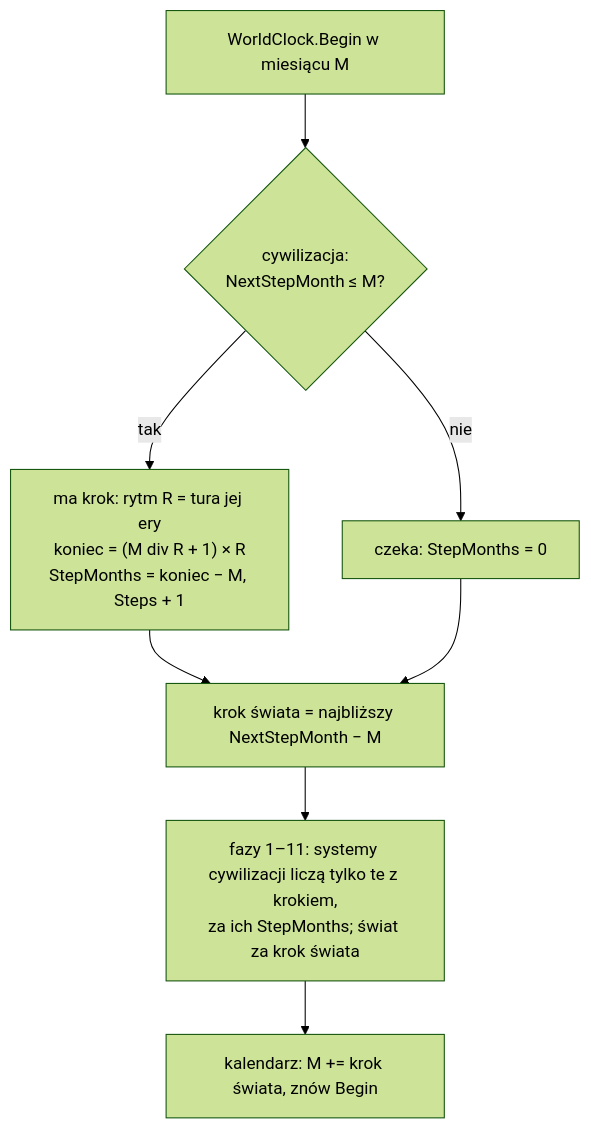
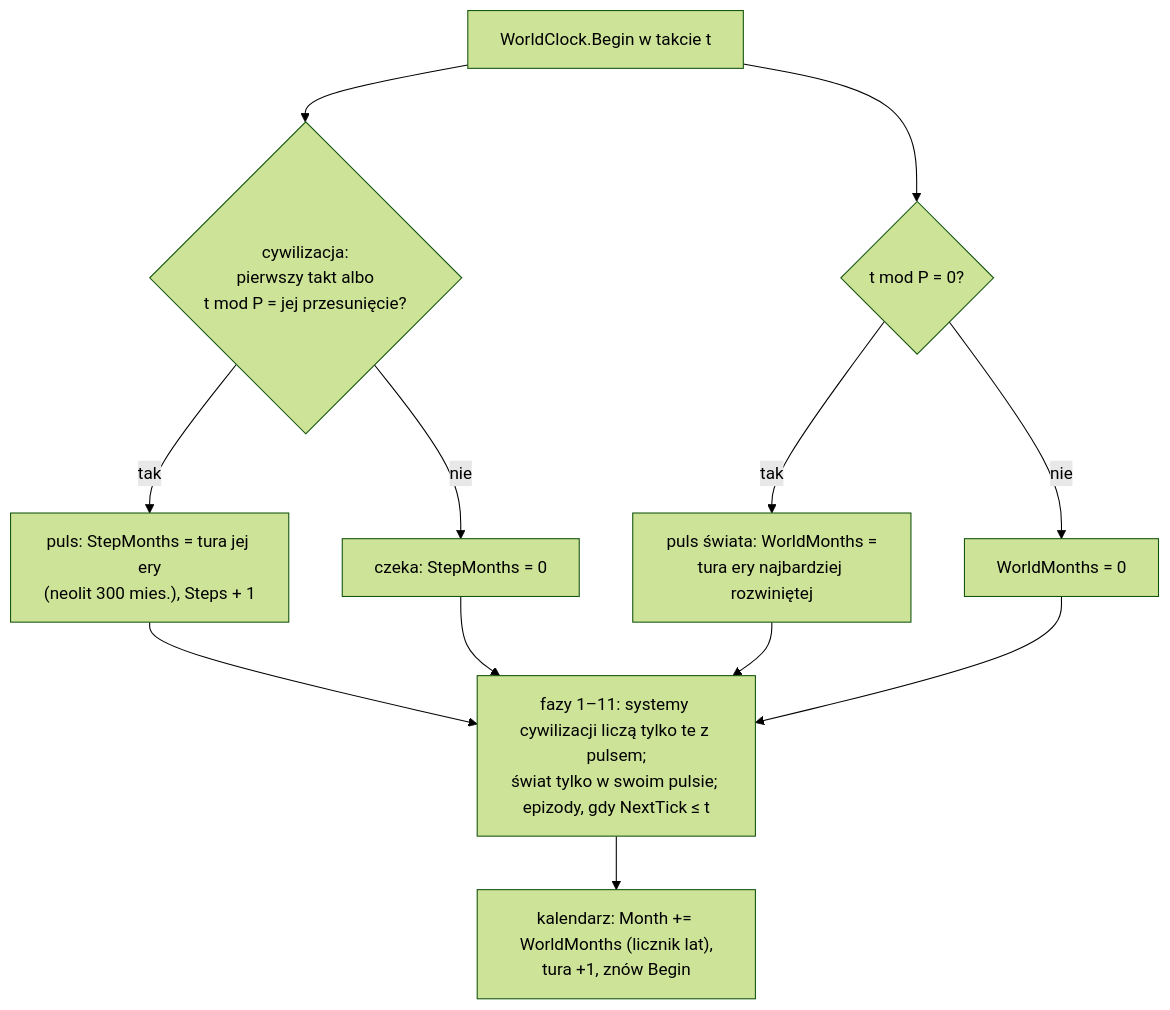
One commit to CoStellar/CivSim2 changed the second of 2 diagrams in docs/systems/turn-loop.md. Above: the diagram before and after it, drawn with Mermaid (forest theme). The commit also changed other lines of this file and 85 other files, not shown here.

````diff
--- a/docs/systems/turn-loop.md
+++ b/docs/systems/turn-loop.md
@@ -25,10 +25,14 @@
 ```mermaid
 flowchart TD
-  B["WorldClock.Begin w miesiącu M"] --> Q{"cywilizacja:<br/>NextStepMonth ≤ M?"}
-  Q -- tak --> K["ma krok: rytm R = tura jej ery<br/>koniec = (M div R + 1) × R<br/>StepMonths = koniec − M, Steps + 1"]
+  B["WorldClock.Begin w takcie t"] --> Q{"cywilizacja:<br/>pierwszy takt albo<br/>t mod P = jej przesunięcie?"}
+  Q -- tak --> K["puls: StepMonths = tura jej ery<br/>(neolit 300 mies.), Steps + 1"]
   Q -- nie --> W["czeka: StepMonths = 0"]
-  K --> N["krok świata = najbliższy NextStepMonth − M"]
-  W --> N
-  N --> F["fazy 1–11: systemy cywilizacji liczą tylko te z krokiem,<br/>za ich StepMonths; świat za krok świata"]
-  F --> C["kalendarz: M += krok świata, znów Begin"]
+  B --> WP{"t mod P = 0?"}
+  WP -- tak --> WM["puls świata: WorldMonths =<br/>tura ery najbardziej rozwiniętej"]
+  WP -- nie --> W0["WorldMonths = 0"]
+  K --> F["fazy 1–11: systemy cywilizacji liczą tylko te z pulsem;<br/>świat tylko w swoim pulsie; epizody, gdy NextTick ≤ t"]
+  W --> F
+  WM --> F
+  W0 --> F
+  F --> C["kalendarz: Month += WorldMonths (licznik lat),<br/>tura +1, znów Begin"]
 ```
````
